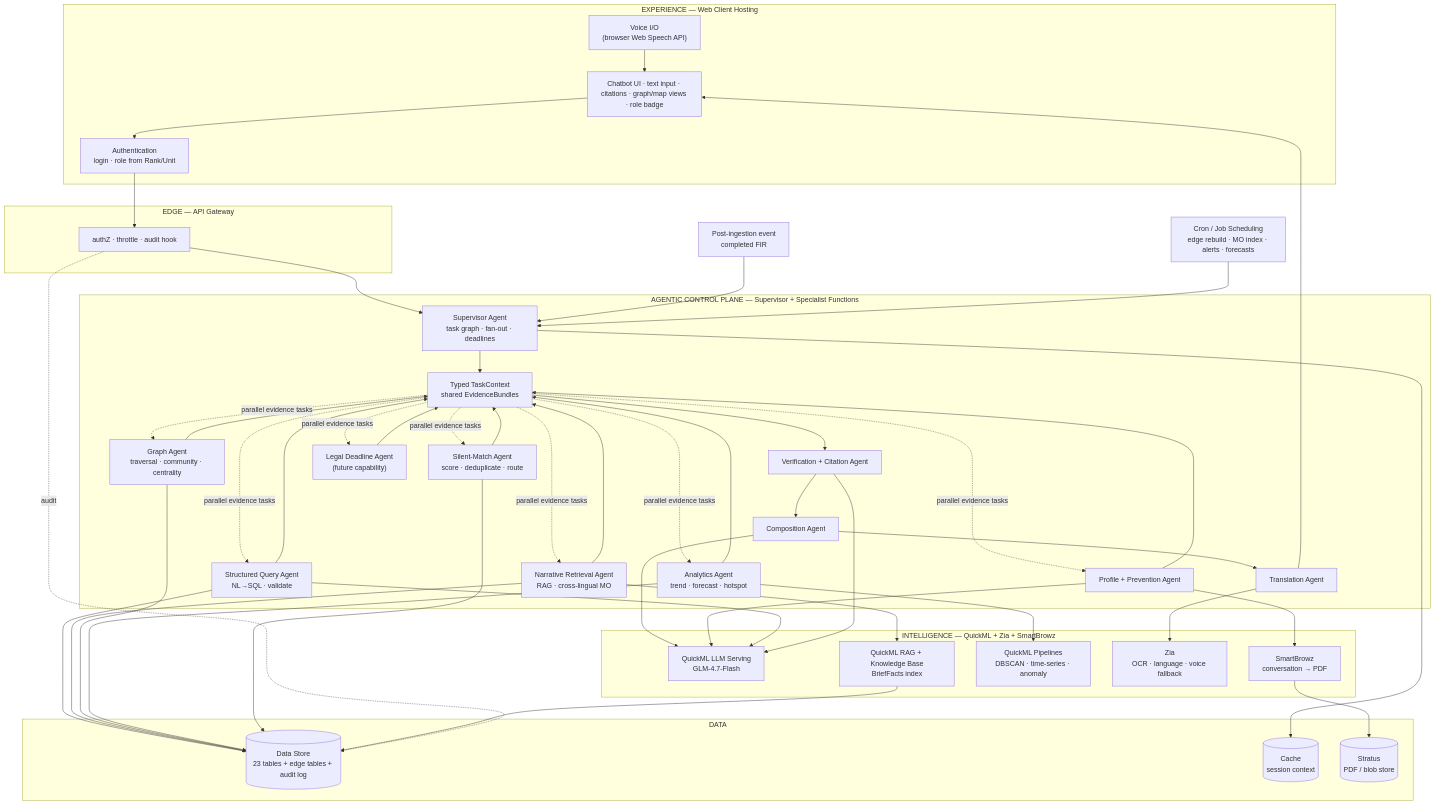
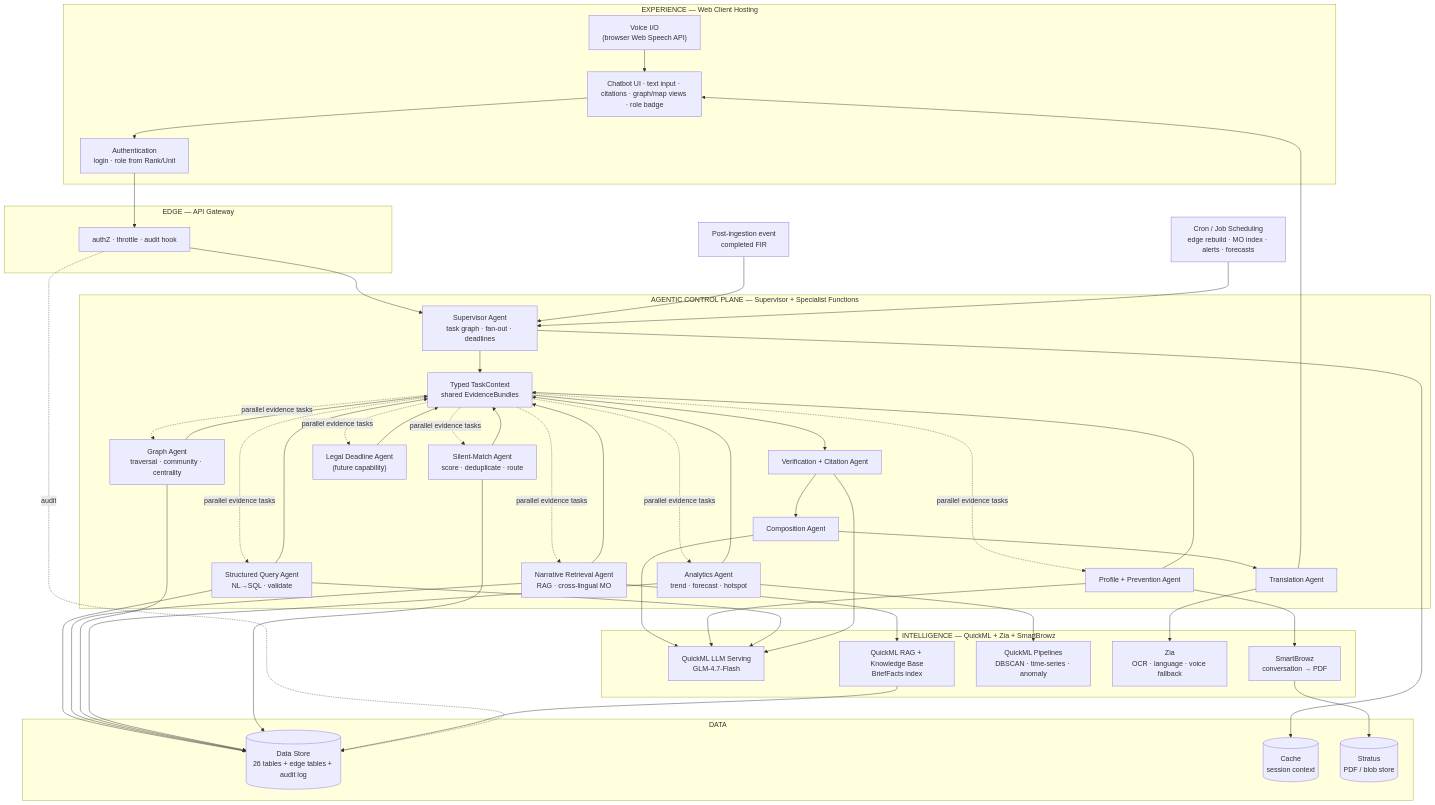
One commit to SHYAMSUNDAR2396/ksp-crime-copilot changed the first of 8 diagrams in PLAN.md. Above: the diagram before and after it, drawn with Mermaid. The commit also changed other lines of this file and 4 other files, not shown here.

Commit message:
docs: align plan with authoritative schema count

````diff
--- a/PLAN.md
+++ b/PLAN.md
@@ -25,69 +25,69 @@
 ```mermaid
 flowchart TB
   subgraph EXP["EXPERIENCE — Web Client Hosting"]
     UI["Chatbot UI · text input · citations · graph/map views · role badge"]
     VOICE["Voice I/O<br/>(browser Web Speech API)"]
     AUTHN["Authentication<br/>login · role from Rank/Unit"]
   end
 
   subgraph EDGE["EDGE — API Gateway"]
     GW["authZ · throttle · audit hook"]
   end
 
   subgraph LOGIC["AGENTIC CONTROL PLANE — Supervisor + Specialist Functions"]
     SUP["Supervisor Agent<br/>task graph · fan-out · deadlines"]
     CTX["Typed TaskContext<br/>shared EvidenceBundles"]
     FQ["Structured Query Agent<br/>NL→SQL · validate"]
     FR["Narrative Retrieval Agent<br/>RAG · cross-lingual MO"]
     FG["Graph Agent<br/>traversal · community · centrality"]
     FA["Analytics Agent<br/>trend · forecast · hotspot"]
     FS["Silent-Match Agent<br/>score · deduplicate · route"]
     FV["Verification + Citation Agent"]
     FC["Composition Agent"]
     FT["Translation Agent"]
     FP["Profile + Prevention Agent"]
     FL["Legal Deadline Agent<br/>(future capability)"]
   end
 
   subgraph AI["INTELLIGENCE — QuickML + Zia + SmartBrowz"]
     LLM["QuickML LLM Serving<br/>GLM-4.7-Flash"]
     RAG["QuickML RAG + Knowledge Base<br/>BriefFacts index"]
     PIPE["QuickML Pipelines<br/>DBSCAN · time-series · anomaly"]
     ZIA["Zia<br/>OCR · language · voice fallback"]
     PDF["SmartBrowz<br/>conversation → PDF"]
   end
 
   subgraph DATA["DATA"]
-    DS[("Data Store<br/>23 tables + edge tables + audit log")]
+    DS[("Data Store<br/>26 tables + edge tables + audit log")]
     CA[("Cache<br/>session context")]
     ST[("Stratus<br/>PDF / blob store")]
   end
 
   CRON["Cron / Job Scheduling<br/>edge rebuild · MO index · alerts · forecasts"]
   EVENT["Post-ingestion event<br/>completed FIR"]
 
   VOICE --> UI
   UI --> AUTHN --> GW --> SUP
   EVENT --> SUP
   SUP --> CTX
   CTX -. parallel evidence tasks .-> FQ & FR & FG & FA & FS & FP & FL
   FQ & FR & FG & FA & FS & FP & FL --> CTX
   CTX --> FV --> FC --> FT --> UI
   FQ --> DS
   FR --> RAG
   FR --> DS
   FG --> DS
   FA --> PIPE
   FA --> DS
   FS --> DS
   FT --> ZIA
   FC --> LLM
   FP --> LLM
   FQ --> LLM
   FV --> LLM
   RAG --> DS
   FP --> PDF --> ST
   SUP --> CA
   GW -. audit .-> DS
   CRON --> SUP
 ```
````
